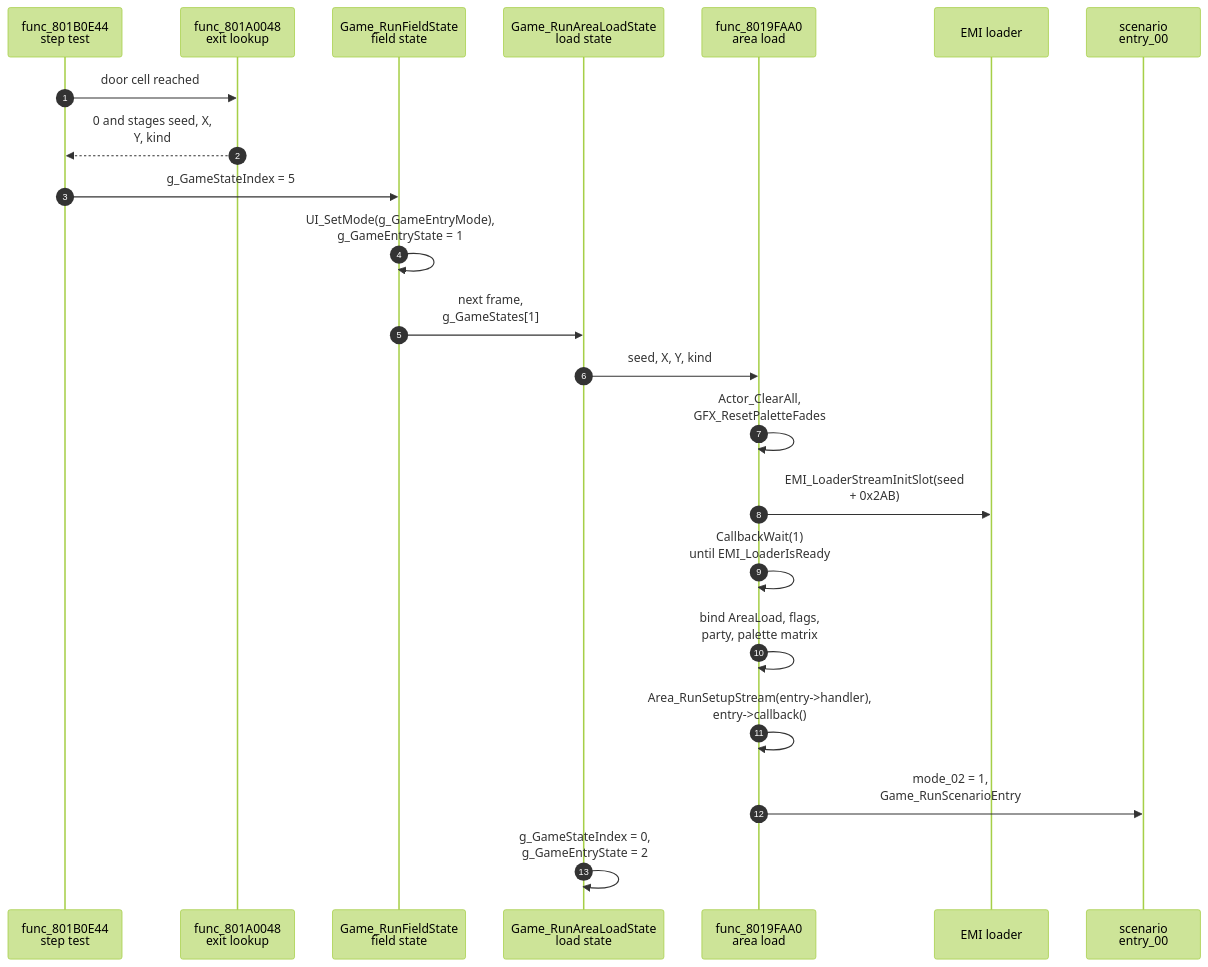
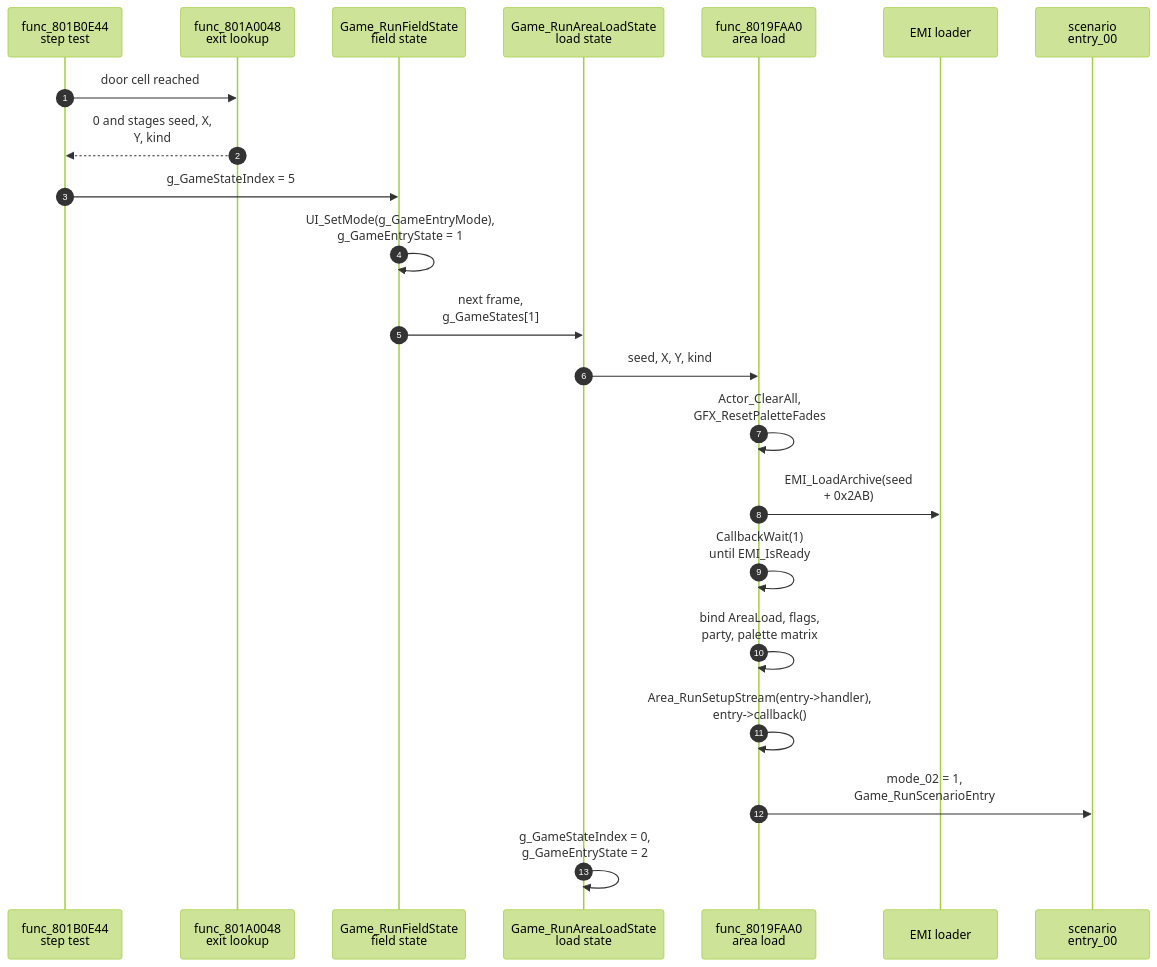
One commit to raulcorreia7/bof3-wiki changed the diagram in src/content/docs/systems/areas.md. Above: the diagram before and after it, drawn with Mermaid (forest theme). The commit also changed other lines of this file and 26 other files, not shown here.

````diff
--- a/src/content/docs/systems/areas.md
+++ b/src/content/docs/systems/areas.md
@@ -50,24 +50,24 @@
 ```mermaid
 sequenceDiagram
     autonumber
     participant S as func_801B0E44<br/>step test
     participant X as func_801A0048<br/>exit lookup
     participant F as Game_RunFieldState<br/>field state
     participant L as Game_RunAreaLoadState<br/>load state
     participant A as func_8019FAA0<br/>area load
     participant E as EMI loader
     participant R as scenario<br/>entry_00
     S->>X: door cell reached
     X-->>S: 0 and stages seed, X,<br/>Y, kind
     S->>F: g_GameStateIndex = 5
     F->>F: UI_SetMode(g_GameEntryMode),<br/>g_GameEntryState = 1
     F->>L: next frame,<br/>g_GameStates[1]
     L->>A: seed, X, Y, kind
     A->>A: Actor_ClearAll,<br/>GFX_ResetPaletteFades
-    A->>E: EMI_LoaderStreamInitSlot(seed<br/>+ 0x2AB)
-    A->>A: CallbackWait(1)<br/>until EMI_LoaderIsReady
+    A->>E: EMI_LoadArchive(seed<br/>+ 0x2AB)
+    A->>A: CallbackWait(1)<br/>until EMI_IsReady
     A->>A: bind AreaLoad, flags,<br/>party, palette matrix
     A->>A: Area_RunSetupStream(entry->handler),<br/>entry->callback()
     A->>R: mode_02 = 1,<br/>Game_RunScenarioEntry
     L->>L: g_GameStateIndex = 0,<br/>g_GameEntryState = 2
 ```
````
